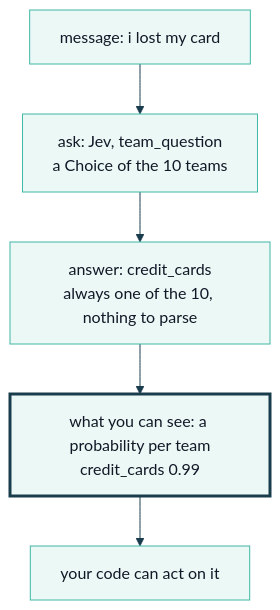
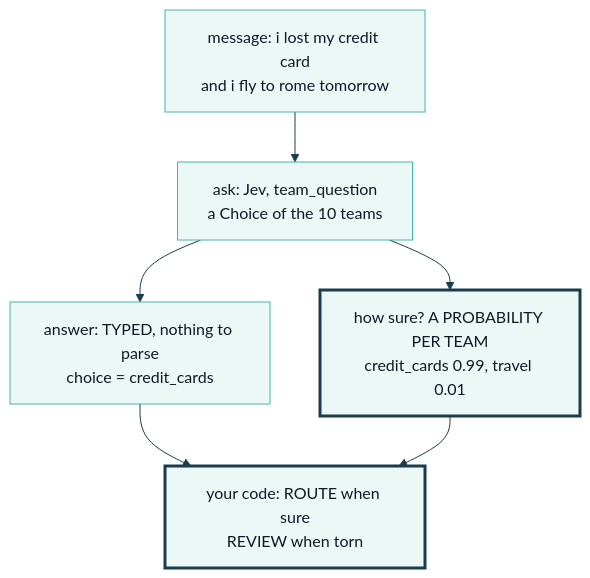
The diagram in course/diagrams/module_01/p1-solution-jev-choice.mmd (axel-sirota/getting_started_jev), drawn with Mermaid before and after one commit. The commit also changed 13 other files, not shown here.

Commit message:
Module 1: notebooks and diagrams

```diff
--- a/course/diagrams/module_01/p1-solution-jev-choice.mmd
+++ b/course/diagrams/module_01/p1-solution-jev-choice.mmd
@@ -1,7 +1,9 @@
 %%{init: {"theme": "base", "themeVariables": {"fontFamily": "Inter, sans-serif", "primaryColor": "#ECF8F6", "primaryBorderColor": "#40B8A6", "primaryTextColor": "#111827", "lineColor": "#1A3D4D", "secondaryColor": "#F9FAFB", "tertiaryColor": "#FFFFFF", "clusterBkg": "#F9FAFB", "clusterBorder": "#D1D5DB", "actorBkg": "#ECF8F6", "actorBorder": "#40B8A6", "noteBkgColor": "#FFF6DA", "noteBorderColor": "#E0B84C"}}}%%
 flowchart TD
-  M["message: i lost my card"] --> Q["ask: Jev, team_question<br/>a Choice of the 10 teams"]
-  Q --> A["answer: credit_cards<br/>always one of the 10, nothing to parse"]
-  A --> U["what you can see: a probability per team<br/>credit_cards 0.99"]
-  U --> C["your code can act on it"]
-  style U stroke:#1A3D4D,stroke-width:3px
+  M["message: i lost my credit card<br/>and i fly to rome tomorrow"] --> Q["ask: Jev, team_question<br/>a Choice of the 10 teams"]
+  Q --> A["answer: TYPED, nothing to parse<br/>choice = credit_cards"]
+  Q --> P["how sure? A PROBABILITY PER TEAM<br/>credit_cards 0.99, travel 0.01"]
+  A --> C["your code: ROUTE when sure<br/>REVIEW when torn"]
+  P --> C
+  style P stroke:#1A3D4D,stroke-width:3px
+  style C stroke:#1A3D4D,stroke-width:3px
```
